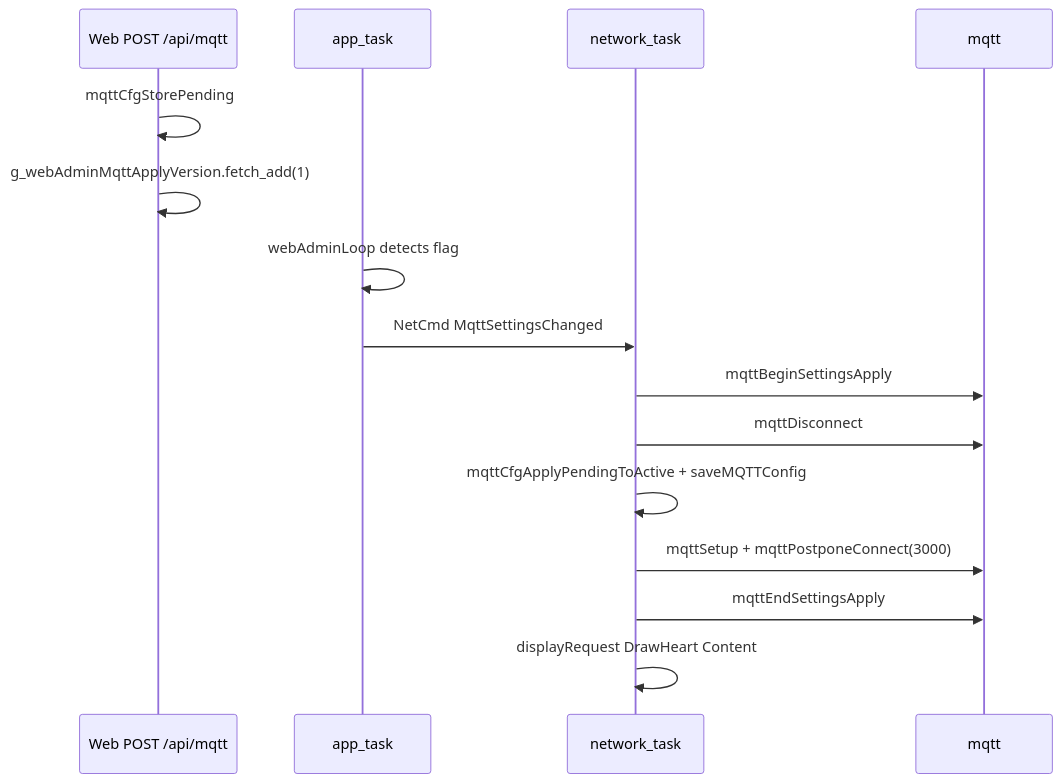
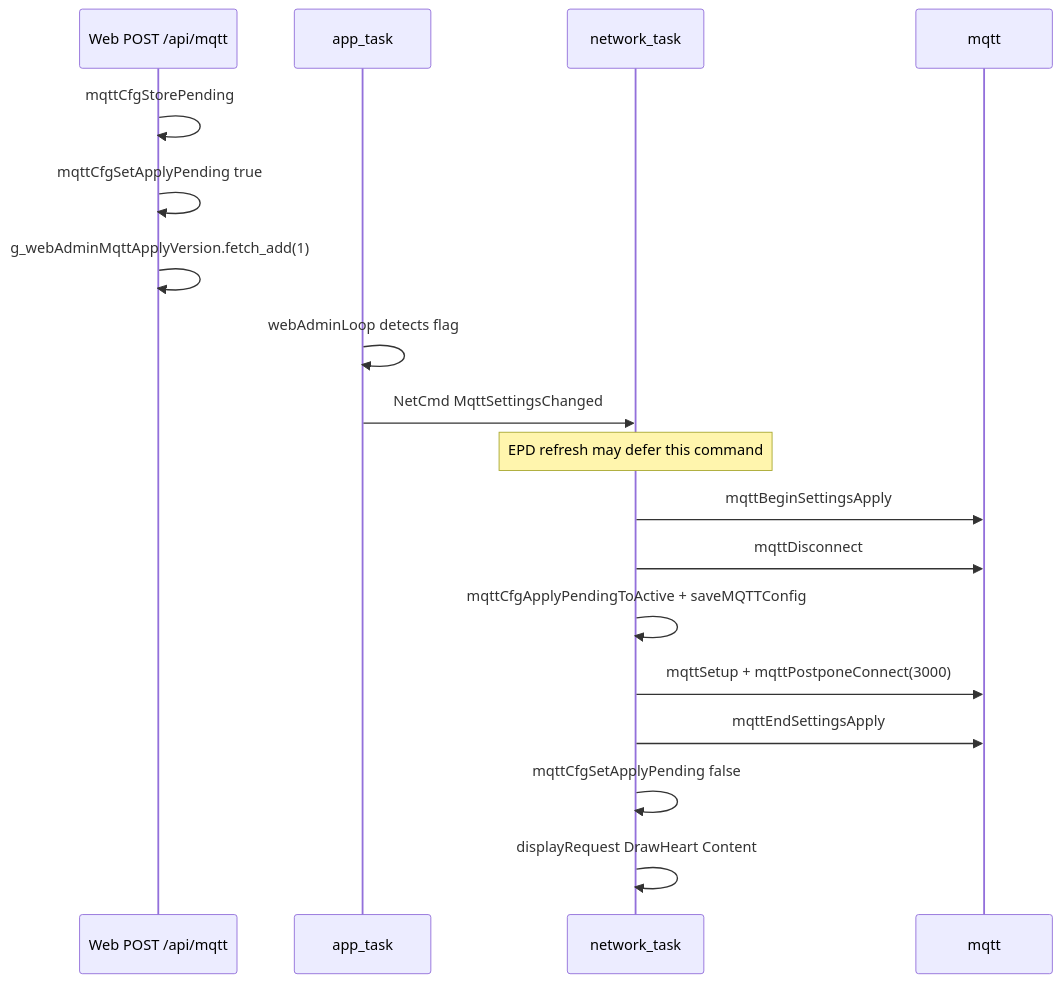
One commit to EyJunge1/chaya2mqtt changed the second of 2 diagrams in docs/MQTT.md. Above: the diagram before and after it, drawn with Mermaid. The commit also changed other lines of this file and 240 other files, not shown here.

````diff
--- a/docs/MQTT.md
+++ b/docs/MQTT.md
@@ -198,18 +199,21 @@
 ```mermaid
 sequenceDiagram
     participant W as Web POST /api/mqtt
     participant A as app_task
     participant N as network_task
     participant M as mqtt
 
     W->>W: mqttCfgStorePending
+    W->>W: mqttCfgSetApplyPending true
     W->>W: g_webAdminMqttApplyVersion.fetch_add(1)
     A->>A: webAdminLoop detects flag
     A->>N: NetCmd MqttSettingsChanged
+    Note over N: EPD refresh may defer this command
     N->>M: mqttBeginSettingsApply
     N->>M: mqttDisconnect
     N->>N: mqttCfgApplyPendingToActive + saveMQTTConfig
     N->>M: mqttSetup + mqttPostponeConnect(3000)
     N->>M: mqttEndSettingsApply
+    N->>N: mqttCfgSetApplyPending false
     N->>N: displayRequest DrawHeart Content
 ```
````
